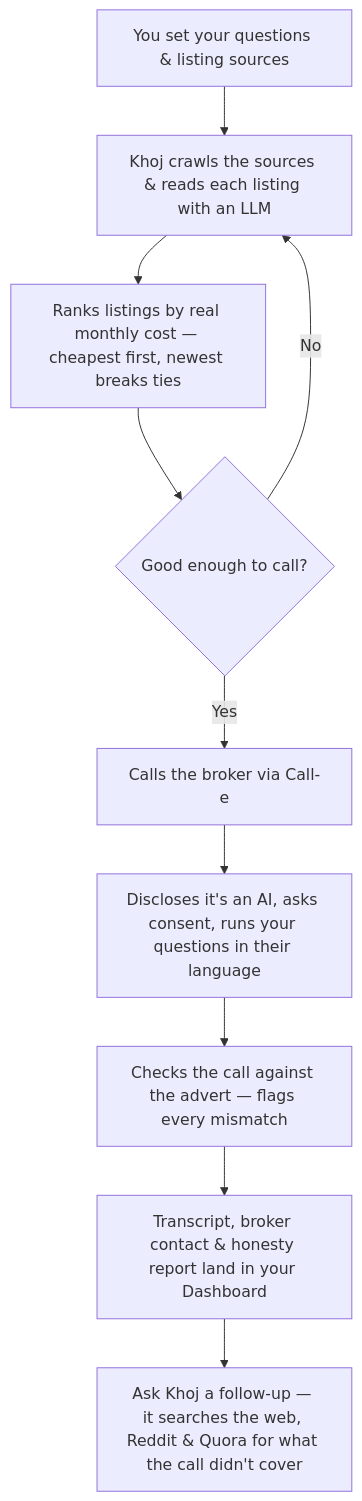
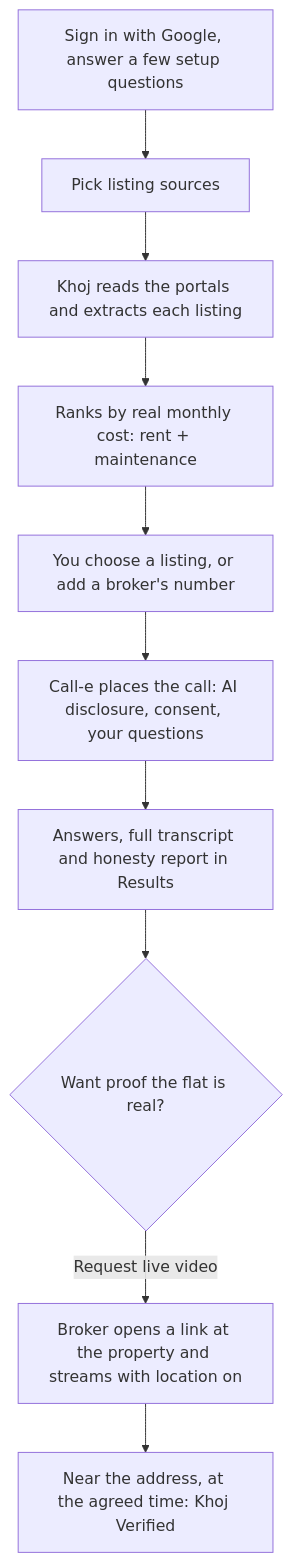
Before and after one commit to manyamharshitha/KHOJ: the diagram in README.md, drawn with Mermaid. The commit also changed other lines of this file and 97 other files, not shown here.

Commit message:
Read portal listings without the AI extractor when it fails, keep sign-in working when the key path is wrong, list recent searches

````diff
--- a/README.md
+++ b/README.md
@@ -47,12 +52,12 @@
 ```mermaid
 flowchart TD
-    A["You set your questions & listing sources"] --> B["Khoj crawls the sources & reads each listing with an LLM"]
-    B --> C["Ranks listings by real monthly cost — cheapest first, newest breaks ties"]
-    C --> D{"Good enough to call?"}
-    D -- "No" --> B
-    D -- "Yes" --> E["Calls the broker via Call-e"]
-    E --> F["Discloses it's an AI, asks consent, runs your questions in their language"]
-    F --> G["Checks the call against the advert — flags every mismatch"]
-    G --> H["Transcript, broker contact & honesty report land in your Dashboard"]
-    H --> I["Ask Khoj a follow-up — it searches the web, Reddit & Quora for what the call didn't cover"]
+    A["Sign in with Google, answer a few setup questions"] --> B["Pick listing sources"]
+    B --> C["Khoj reads the portals and extracts each listing"]
+    C --> D["Ranks by real monthly cost: rent + maintenance"]
+    D --> E["You choose a listing, or add a broker's number"]
+    E --> F["Call-e places the call: AI disclosure, consent, your questions"]
+    F --> G["Answers, full transcript and honesty report in Results"]
+    G --> H{"Want proof the flat is real?"}
+    H -- "Request live video" --> I["Broker opens a link at the property and streams with location on"]
+    I --> J["Near the address, at the agreed time: Khoj Verified"]
 ```
````
